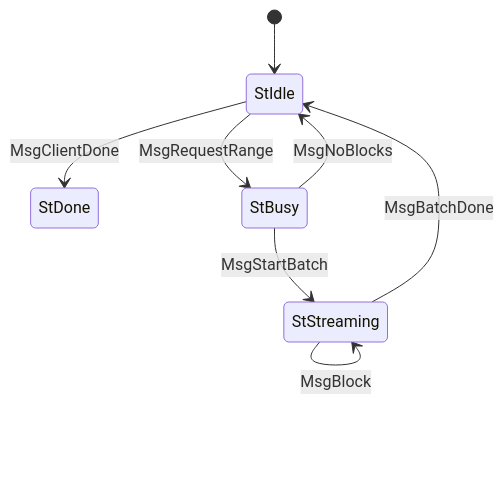
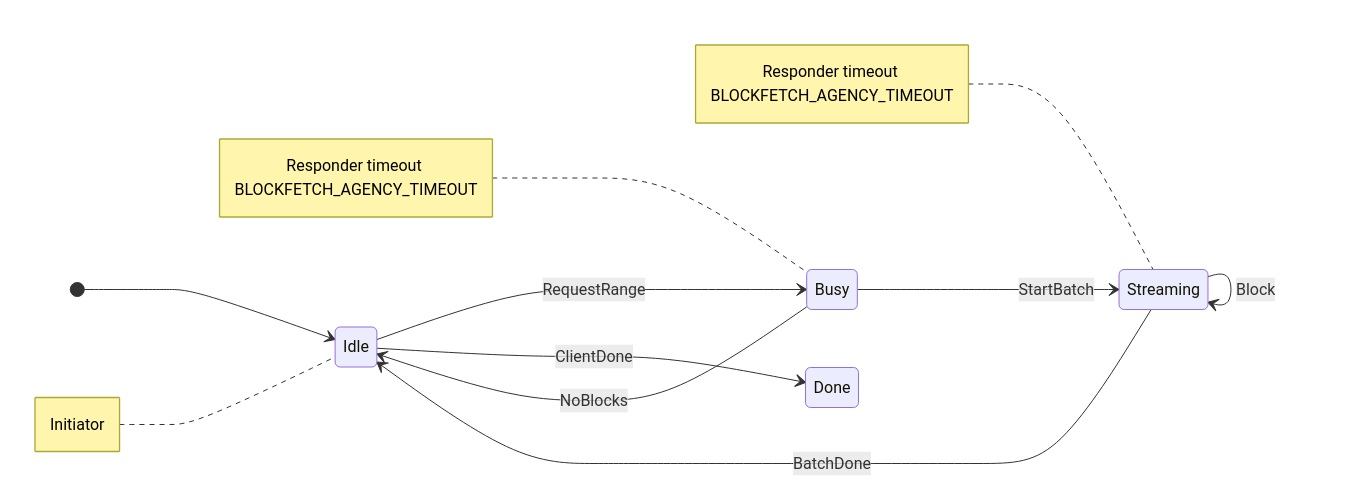
One commit to pragma-org/amaru changed the diagram in engineering-decision-records/035-session-types-typestate-projection.md. Above: the diagram before and after it, drawn with Mermaid. The commit also changed other lines of this file, not shown here.

````diff
--- a/engineering-decision-records/035-session-types-typestate-projection.md
+++ b/engineering-decision-records/035-session-types-typestate-projection.md
@@ -921,10 +35,14 @@
 ```mermaid
 stateDiagram-v2
-    [*] --> StIdle
-    StIdle --> StDone: MsgClientDone
-    StIdle --> StBusy: MsgRequestRange
-    StBusy --> StIdle: MsgNoBlocks
-    StBusy --> StStreaming: MsgStartBatch
-    StStreaming --> StStreaming: MsgBlock
-    StStreaming --> StIdle: MsgBatchDone
+    direction LR
+    [*] --> Idle
+    Idle --> Busy: RequestRange
+    Idle --> Done: ClientDone
+    Busy --> Idle: NoBlocks
+    Busy --> Streaming: StartBatch
+    Streaming --> Streaming: Block
+    Streaming --> Idle: BatchDone
+    note left of Idle: Initiator
+    note left of Busy: Responder timeout BLOCKFETCH_AGENCY_TIMEOUT
+    note left of Streaming: Responder timeout BLOCKFETCH_AGENCY_TIMEOUT
 ```
````
